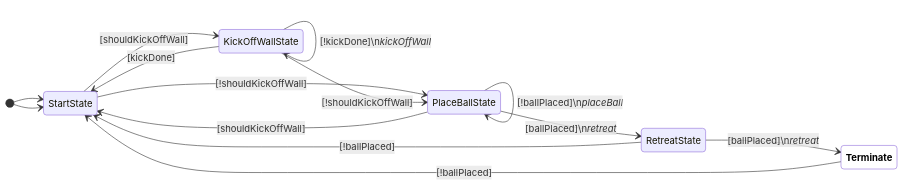
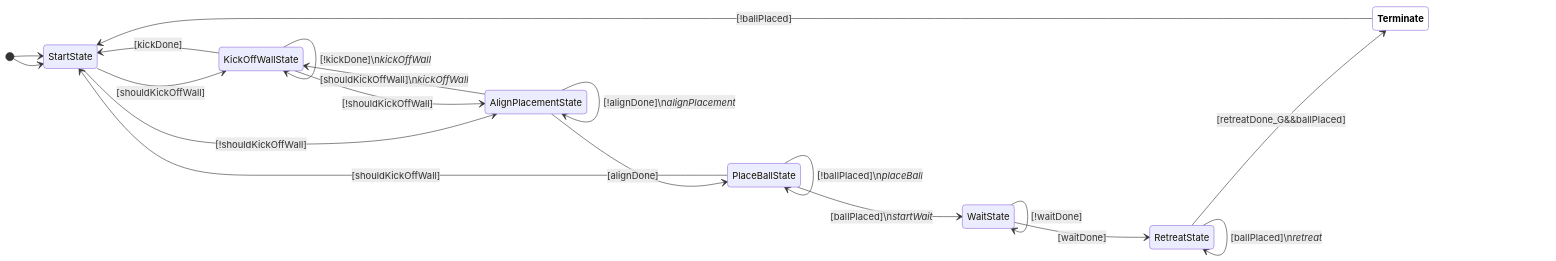
The second of 23 diagrams in docs/fsm-diagrams.md (UBC-Thunderbots/Software), drawn with Mermaid before and after one commit. The commit also changed other lines of this file, not shown here.

Commit message:
fsm diagram

````diff
--- a/docs/fsm-diagrams.md
+++ b/docs/fsm-diagrams.md
@@ -29,20 +29,26 @@
 ```mermaid
 
 stateDiagram-v2
 classDef terminate fill:white,color:black,font-weight:bold
 direction LR
 [*] --> StartState
 StartState --> KickOffWallState : [shouldKickOffWall]
 [*] --> StartState
-StartState --> PlaceBallState : [!shouldKickOffWall]
-KickOffWallState --> PlaceBallState : [!shouldKickOffWall]
+StartState --> AlignPlacementState : [!shouldKickOffWall]
+KickOffWallState --> AlignPlacementState : [!shouldKickOffWall]
 KickOffWallState --> KickOffWallState : [!kickDone]\n<i>kickOffWall</i>
 KickOffWallState --> StartState : [kickDone]
+AlignPlacementState --> KickOffWallState : [shouldKickOffWall]\n<i>kickOffWall</i>
+AlignPlacementState --> AlignPlacementState : [!alignDone]\n<i>alignPlacement</i>
+AlignPlacementState --> PlaceBallState : [alignDone]
 PlaceBallState --> StartState : [shouldKickOffWall]
 PlaceBallState --> PlaceBallState : [!ballPlaced]\n<i>placeBall</i>
-PlaceBallState --> RetreatState : [ballPlaced]\n<i>retreat</i>
-RetreatState --> StartState : [!ballPlaced]
-RetreatState --> Terminate:::terminate : [ballPlaced]\n<i>retreat</i>
+PlaceBallState --> WaitState : [ballPlaced]\n<i>startWait</i>
+WaitState --> WaitState : [!waitDone]
+WaitState --> RetreatState : [waitDone]
+RetreatState --> Terminate:::terminate : [retreatDone_G&&ballPlaced]
+RetreatState --> RetreatState : [!ballPlaced]\n<i>placeBall</i>
+RetreatState --> RetreatState : [ballPlaced]\n<i>retreat</i>
 Terminate:::terminate --> StartState : [!ballPlaced]
 
 ```
````
